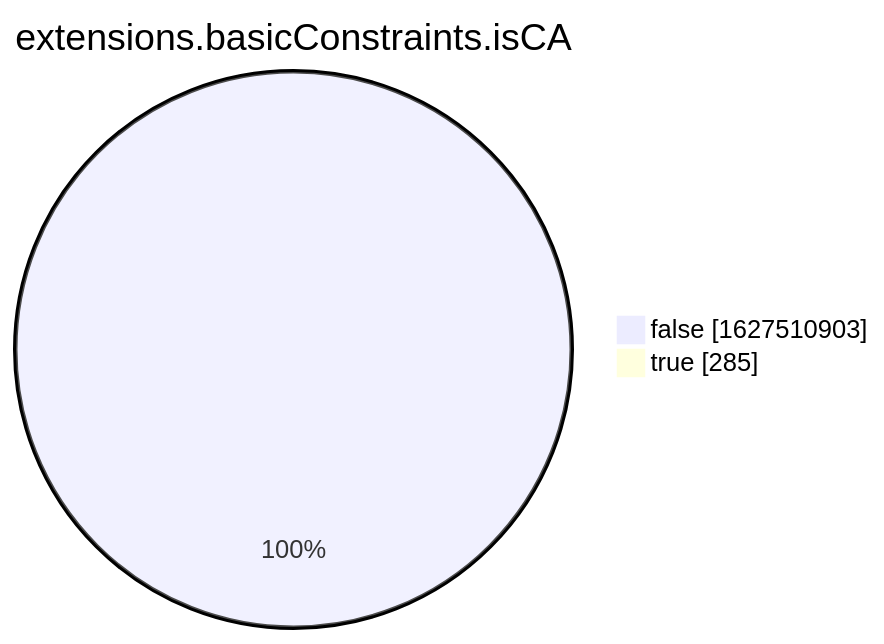
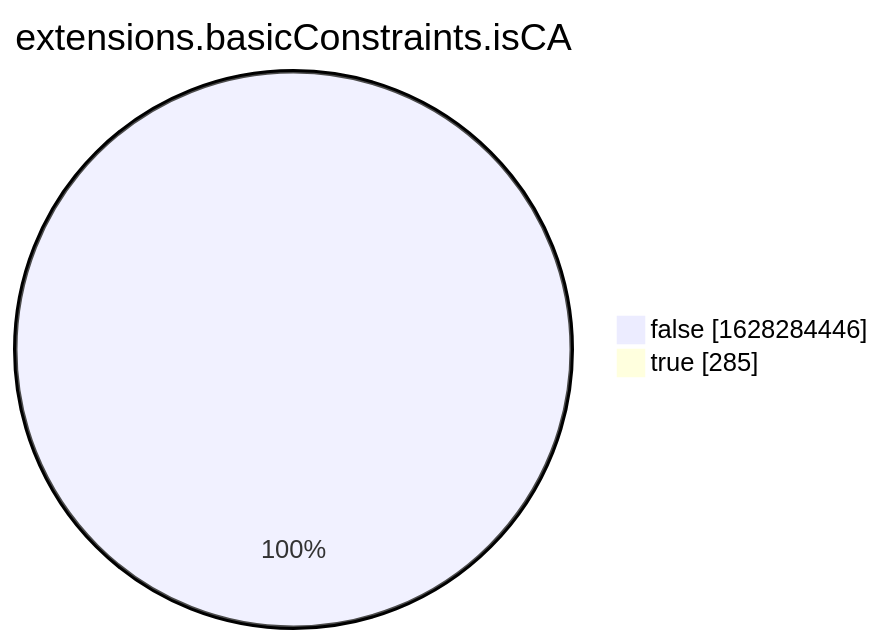
Before and after one commit to christiankrug/ctmonitor_visualization: the eighth of 15 diagrams in xenon2022/README.md, drawn with Mermaid. The commit also changed other lines of this file, not shown here.

````diff
--- a/xenon2022/README.md
+++ b/xenon2022/README.md
@@ -2863,6 +2863,6 @@
 ```mermaid
 pie showData
 title extensions.basicConstraints.isCA
-"false" :1627510903
+"false" :1628284446
 "true" :285
 ```
````
